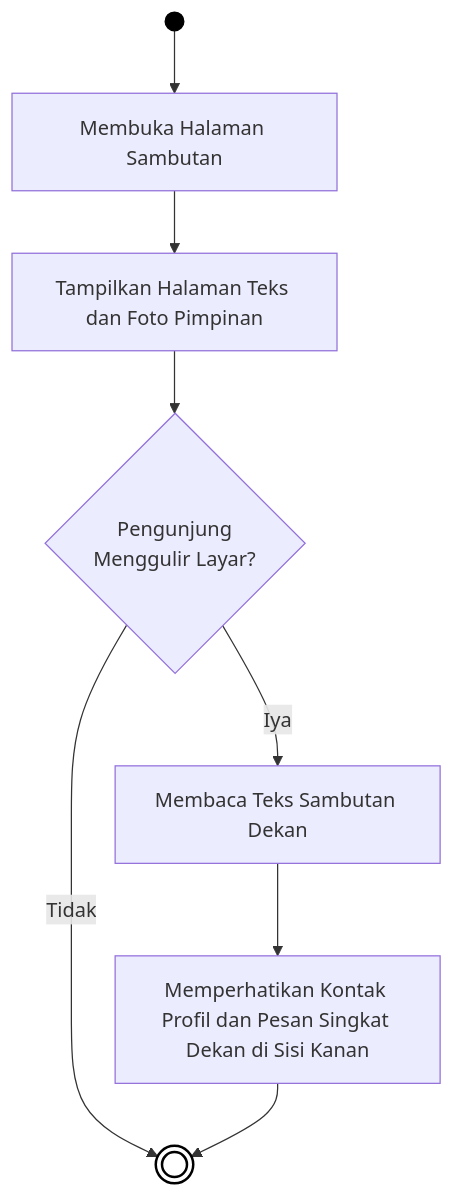
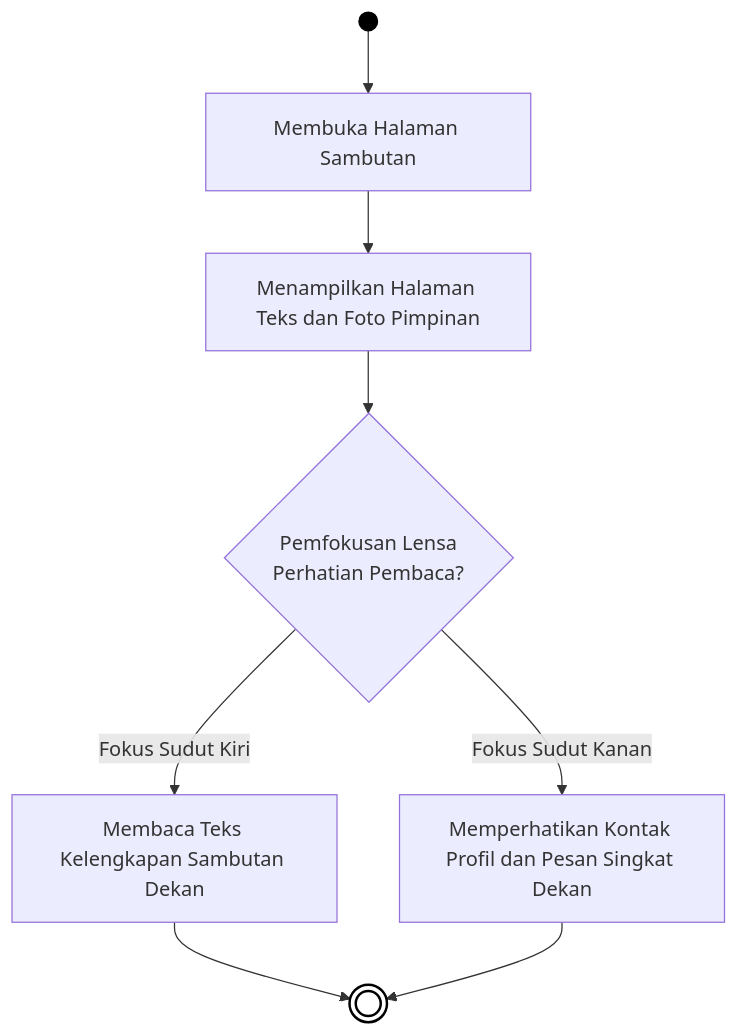
One commit to arbain-dev/Web_fikom changed the third of 12 diagrams in docs/01B_DIAGRAM_AKTIVITAS_PUBLIK.md. Above: the diagram before and after it, drawn with Mermaid. The commit also changed other lines of this file, not shown here.

Commit message:
docs: merombak seluruh orientasi diagram aktivitas menjadi horizontal (LR) serta fan-out agar mengular ke samping alih-alih memanjang tajam ke bawah

````diff
--- a/docs/01B_DIAGRAM_AKTIVITAS_PUBLIK.md
+++ b/docs/01B_DIAGRAM_AKTIVITAS_PUBLIK.md
@@ -87,16 +69,15 @@
 ```mermaid
 flowchart TD
     Start(( )) --> A[Membuka Halaman Sambutan]
+    A --> B[Menampilkan Halaman Teks dan Foto Pimpinan]
     
-    A --> B[Tampilkan Halaman Teks dan Foto Pimpinan]
-    B --> C{Pengunjung\nMenggulir Layar?}
+    B --> C{Pemfokusan Lensa\nPerhatian Pembaca?}
+    C -- Fokus Sudut Kiri --> D1[Membaca Teks Kelengkapan Sambutan Dekan]
+    C -- Fokus Sudut Kanan --> D2[Memperhatikan Kontak Profil dan Pesan Singkat Dekan]
     
-    C -- Tidak --> End((( )))
-    
-    C -- Iya --> D[Membaca Teks Sambutan Dekan]
-    D --> E[Memperhatikan Kontak Profil dan Pesan Singkat Dekan di Sisi Kanan]
-    E --> End
+    D1 --> End((( )))
+    D2 --> End
     
     style Start fill:#000,stroke:#000,color:#000
     style End fill:#fff,stroke:#000,stroke-width:2px
 ```
````
